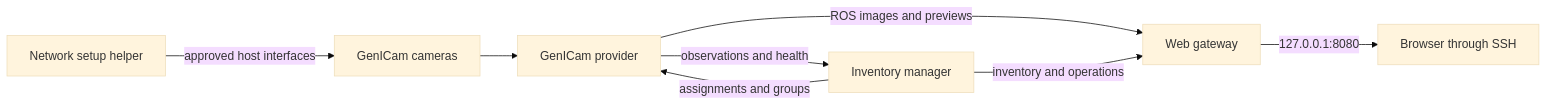
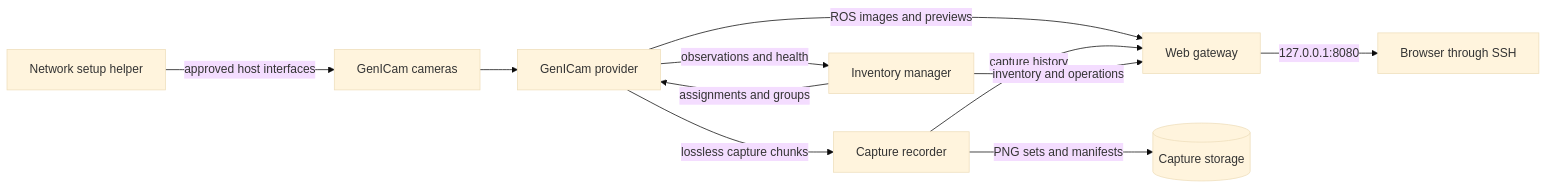
The diagram in README.md (sn3rt/vixel), drawn with Mermaid (base theme) before and after one commit. The commit also changed other lines of this file and 22 other files, not shown here.

````diff
--- a/README.md
+++ b/README.md
@@ -44,10 +45,13 @@
 ```mermaid
 flowchart LR
     Cameras[GenICam cameras] --> Provider[GenICam provider]
     Provider -->|observations and health| Manager[Inventory manager]
     Manager -->|assignments and groups| Provider
     Provider -->|ROS images and previews| Gateway[Web gateway]
+    Provider -->|lossless capture chunks| Recorder[Capture recorder]
+    Recorder -->|PNG sets and manifests| Storage[(Capture storage)]
+    Recorder -->|capture history| Gateway
     Manager -->|inventory and operations| Gateway
     Network[Network setup helper] -->|approved host interfaces| Cameras
     Gateway -->|127.0.0.1:8080| Browser[Browser through SSH]
 ```
````
